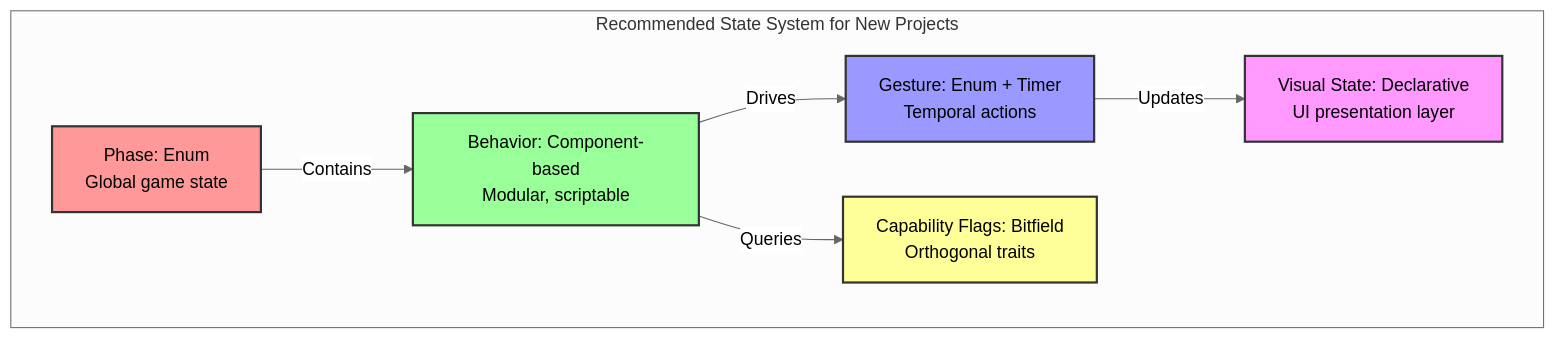
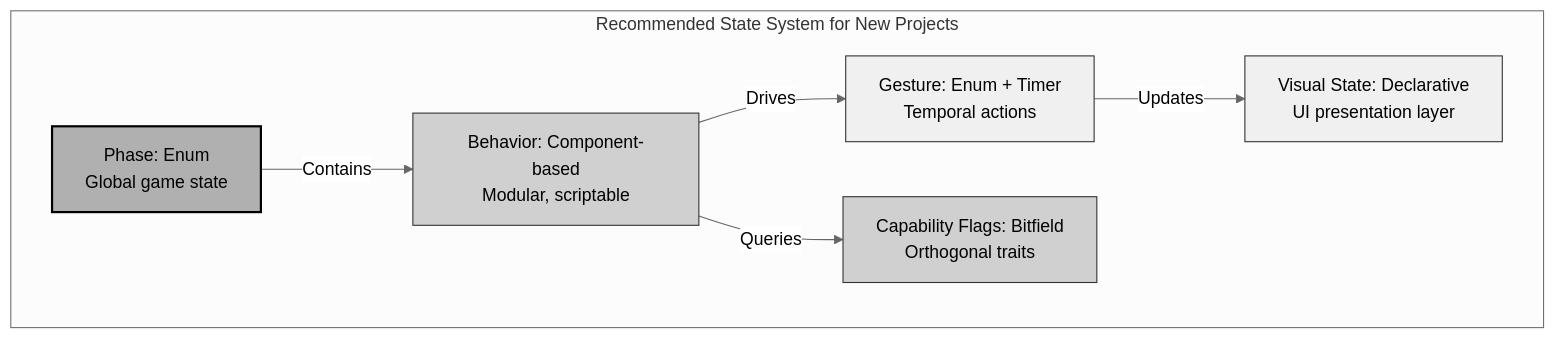
The tenth of 10 diagrams in appendix_a_state_world_systems.md (jukofyork/close-combat-architecture-study), drawn with Mermaid (neutral theme) before and after one commit. The commit also changed other lines of this file and 15 other files, not shown here.

````diff
--- a/appendix_a_state_world_systems.md
+++ b/appendix_a_state_world_systems.md
@@ -1324,27 +1325,26 @@
 ```mermaid
 flowchart TB
     subgraph Recommended["Recommended State System for New Projects"]
         P["Phase: Enum<br>Global game state"]
         B["Behavior: Component-based<br>Modular, scriptable"]
         G["Gesture: Enum + Timer<br>Temporal actions"]
         F["Capability Flags: Bitfield<br>Orthogonal traits"]
         V["Visual State: Declarative<br>UI presentation layer"]
     end
     
     P -->|"Contains"| B
     B -->|"Drives"| G
     B -->|"Queries"| F
     G -->|"Updates"| V
     
-    classDef phase fill:#f99,stroke:#333,stroke-width:2px
-    classDef behavior fill:#9f9,stroke:#333,stroke-width:2px
-    classDef gesture fill:#99f,stroke:#333,stroke-width:2px
-    classDef flags fill:#ff9,stroke:#333,stroke-width:2px
-    classDef visual fill:#f9f,stroke:#333,stroke-width:2px
+    classDef default fill:#fff,stroke:#000,stroke-width:1px
+    classDef light fill:#f0f0f0,stroke:#333,stroke-width:1px
+    classDef medium fill:#d0d0d0,stroke:#333,stroke-width:1px
+    classDef dark fill:#b0b0b0,stroke:#000,stroke-width:2px
     
-    class P phase
-    class B behavior
-    class G gesture
-    class F flags
-    class V visual
+    class P dark
+    class B medium
+    class G light
+    class F medium
+    class V light
 ```
````
